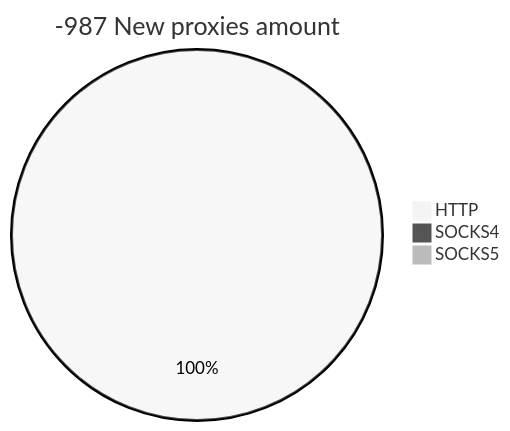
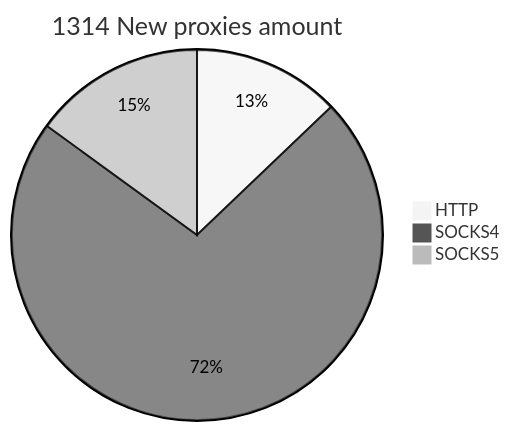
Before and after one commit to cutipu/proxylist: the second of 2 diagrams in README.md, drawn with Mermaid (neutral theme). The commit also changed other lines of this file, not shown here.

````diff
--- a/README.md
+++ b/README.md
@@ -10,6 +10,6 @@
 ```mermaid
-pie title -987 New proxies amount
-    "HTTP" : 145
-    "SOCKS4" : 0
-    "SOCKS5" : 0
+pie title 1314 New proxies amount
+    "HTTP" : 169
+    "SOCKS4" : 948
+    "SOCKS5" : 197
 ```
````
